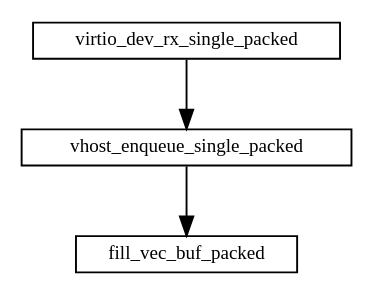
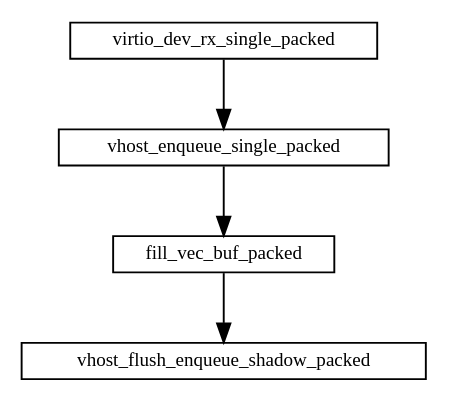
Before and after one commit to sisyphus1212/note: the third of 3 diagrams in 虚拟化/virtio.md, drawn with Graphviz.

Commit message:
auto_update

````diff
--- a/虚拟化/virtio.md
+++ b/虚拟化/virtio.md
@@ -72,11 +72,12 @@
 ```graphviz
 digraph {
     fontname="Helvetica,Arial,sans-serif"
     //node [fontname="Helvetica,Arial,sans-serif"]
     //edge [fontname="Helvetica,Arial,sans-serif"]
     //rankdir="LR"
     node [fontsize=10, shape=record, height=0.25]
     edge [fontsize=10]
     virtio_dev_rx_single_packed -> vhost_enqueue_single_packed -> fill_vec_buf_packed
+    -> vhost_flush_enqueue_shadow_packed
 }
 ```
````
